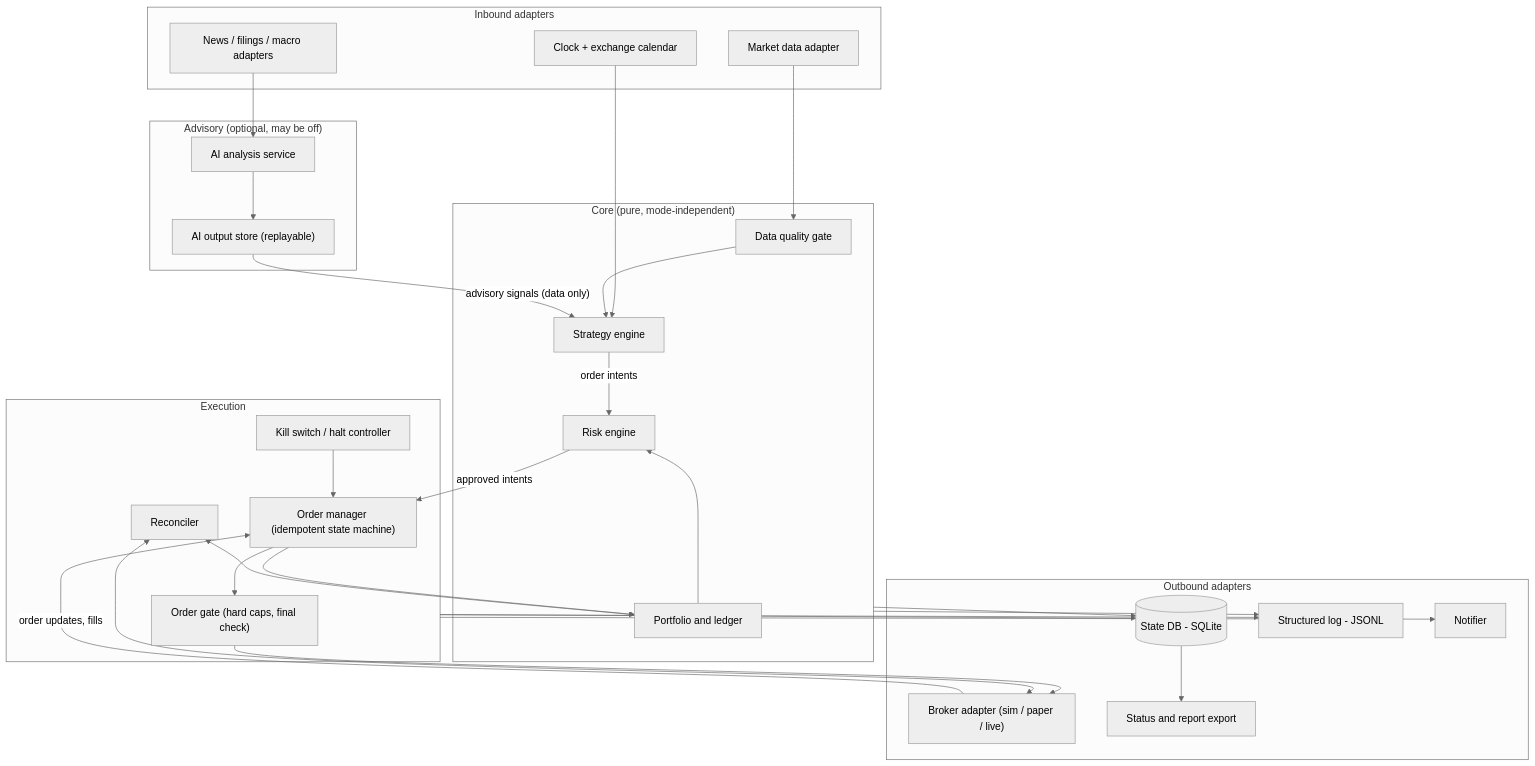
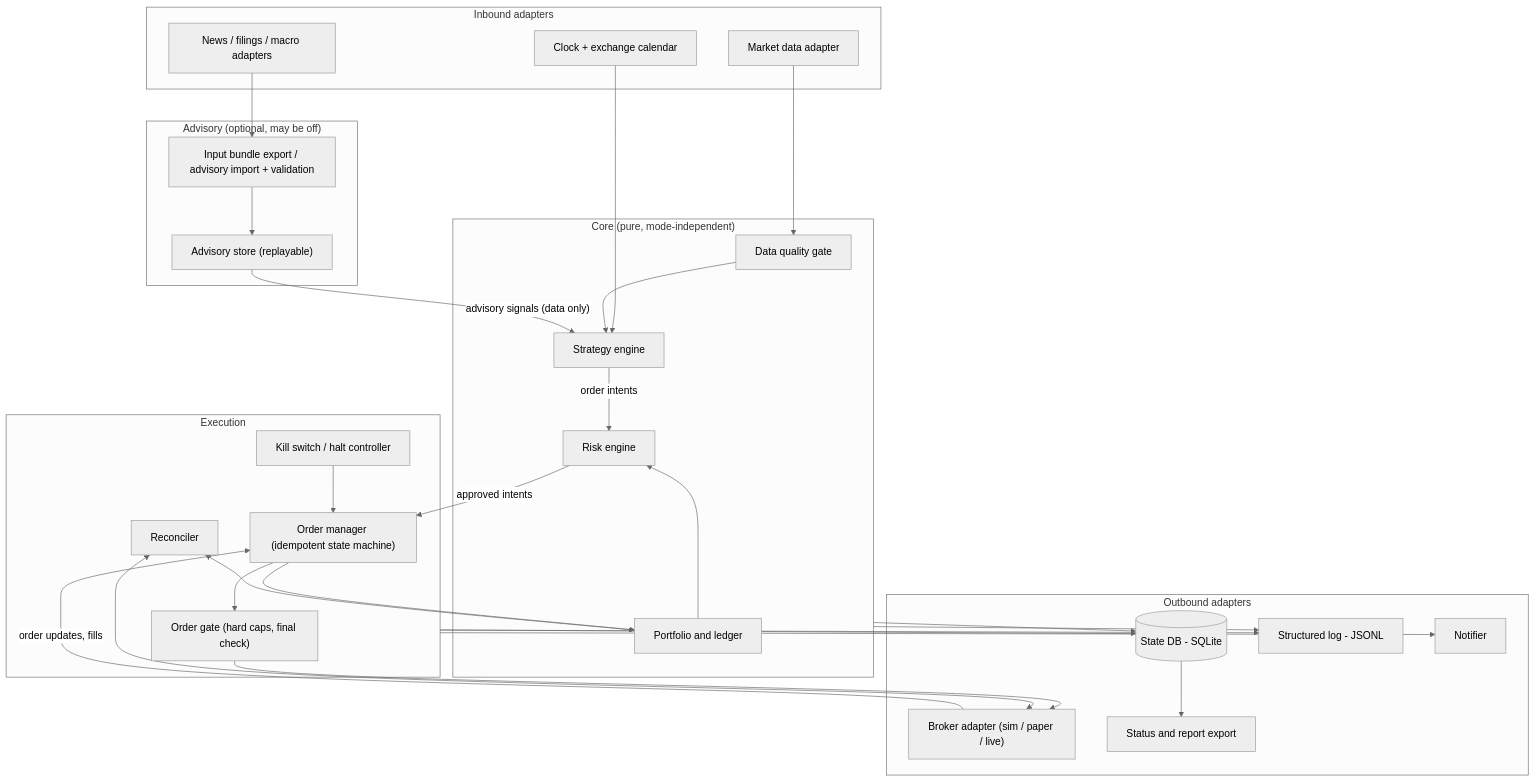
One commit to Kei-Takamizawa/AI-Trader changed the second of 4 diagrams in docs/design/01-system-architecture.md. Above: the diagram before and after it, drawn with Mermaid (neutral theme). The commit also changed other lines of this file and 12 other files, not shown here.

````diff
--- a/docs/design/01-system-architecture.md
+++ b/docs/design/01-system-architecture.md
@@ -62,58 +66,58 @@
 ```mermaid
 flowchart TB
     subgraph adapters_in["Inbound adapters"]
         md["Market data adapter"]
         nw["News / filings / macro adapters"]
         clk["Clock + exchange calendar"]
     end
 
     subgraph core["Core (pure, mode-independent)"]
         dq["Data quality gate"]
         strat["Strategy engine"]
         risk["Risk engine"]
         port["Portfolio and ledger"]
     end
 
     subgraph advisory["Advisory (optional, may be off)"]
-        ai["AI analysis service"]
-        store["AI output store (replayable)"]
+        ai["Input bundle export / advisory import + validation"]
+        store["Advisory store (replayable)"]
     end
 
     subgraph exec_layer["Execution"]
         oms["Order manager (idempotent state machine)"]
         gate["Order gate (hard caps, final check)"]
         rec["Reconciler"]
         kill["Kill switch / halt controller"]
     end
 
     subgraph adapters_out["Outbound adapters"]
         brk["Broker adapter (sim / paper / live)"]
         db[("State DB - SQLite")]
         log["Structured log - JSONL"]
         exp["Status and report export"]
         ntf["Notifier"]
     end
 
     md --> dq
     clk --> strat
     dq --> strat
     nw --> ai
     ai --> store
     store -- "advisory signals (data only)" --> strat
     strat -- "order intents" --> risk
     port --> risk
     risk -- "approved intents" --> oms
     kill --> oms
     oms --> gate
     gate --> brk
     brk -- "order updates, fills" --> oms
     oms --> port
     rec <--> brk
     rec <--> port
     core --> db
     exec_layer --> db
     db --> exp
     exec_layer --> ntf
     core --> log
     exec_layer --> log
 ```
````
